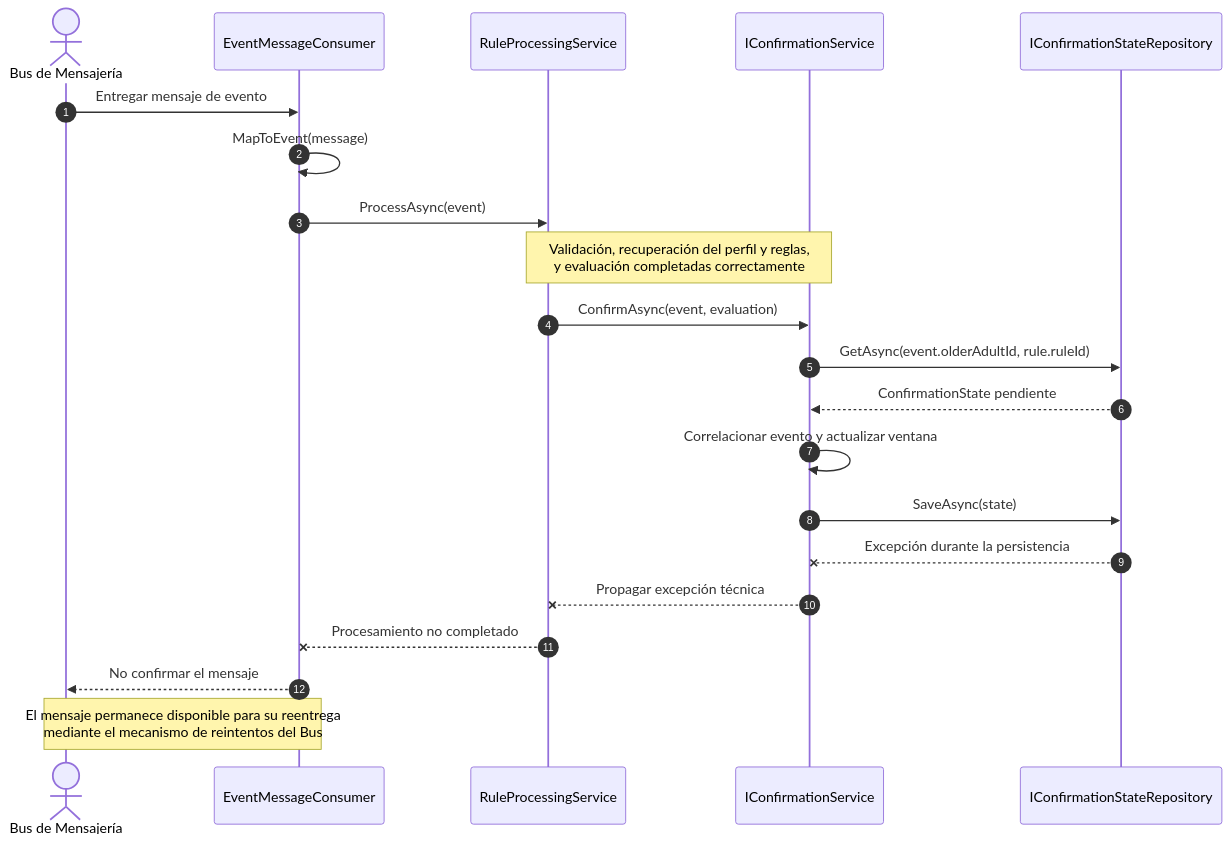
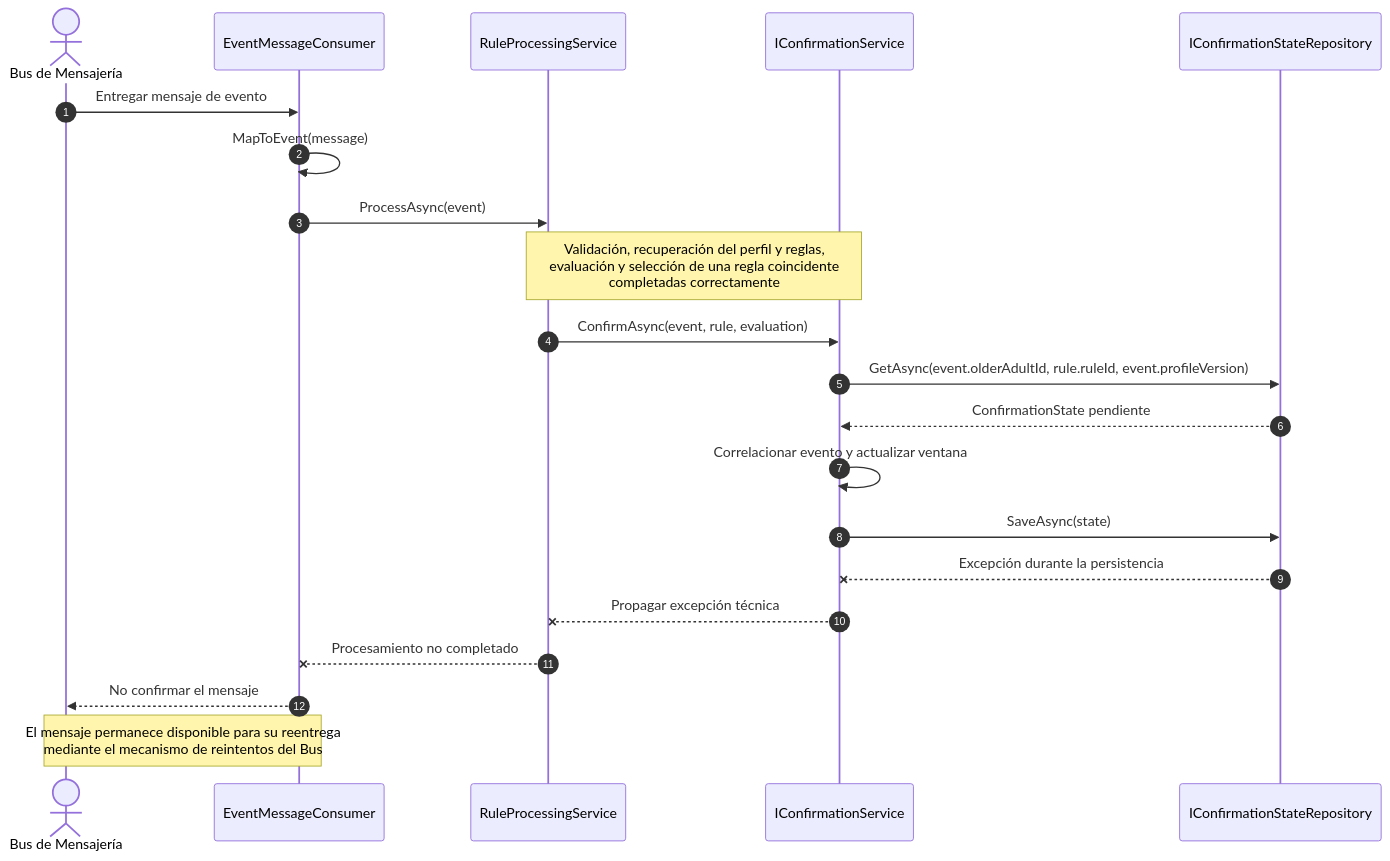
One commit to pswe04-seniorcarehub/pswe04-senior-care-hub-c2-2026 changed the diagram in diagramas/secuencia-comp1-error.mmd. Above: the diagram before and after it, drawn with Mermaid. The commit also changed 12 other files, not shown here.

Commit message:
docs(entrega-final): Desarrollo del diseño detallado del Componente 2 (Servicio de Notificaciones) y actualización del diseño detallado del Componente 1 (Motor de Reglas) para mantener la consistencia entre ambos componentes

```diff
--- a/diagramas/secuencia-comp1-error.mmd
+++ b/diagramas/secuencia-comp1-error.mmd
@@ -1,30 +1,30 @@
 sequenceDiagram
     autonumber
 
     actor Bus as Bus de Mensajería
     participant Consumer as EventMessageConsumer
     participant Service as RuleProcessingService
     participant Confirmation as IConfirmationService
     participant StateRepo as IConfirmationStateRepository
 
     Bus->>Consumer: Entregar mensaje de evento
     Consumer->>Consumer: MapToEvent(message)
     Consumer->>Service: ProcessAsync(event)
 
-    Note over Service,Confirmation: Validación, recuperación del perfil y reglas,<br/>y evaluación completadas correctamente
+    Note over Service,Confirmation: Validación, recuperación del perfil y reglas,<br/>evaluación y selección de una regla coincidente<br/>completadas correctamente
 
-    Service->>Confirmation: ConfirmAsync(event, evaluation)
+    Service->>Confirmation: ConfirmAsync(event, rule, evaluation)
 
-    Confirmation->>StateRepo: GetAsync(event.olderAdultId, rule.ruleId)
+    Confirmation->>StateRepo: GetAsync(event.olderAdultId, rule.ruleId, event.profileVersion)
     StateRepo-->>Confirmation: ConfirmationState pendiente
 
     Confirmation->>Confirmation: Correlacionar evento y actualizar ventana
     Confirmation->>StateRepo: SaveAsync(state)
 
     StateRepo--xConfirmation: Excepción durante la persistencia
     Confirmation--xService: Propagar excepción técnica
     Service--xConsumer: Procesamiento no completado
 
     Consumer-->>Bus: No confirmar el mensaje
 
     Note over Bus,Consumer: El mensaje permanece disponible para su reentrega<br/>mediante el mecanismo de reintentos del Bus
```
